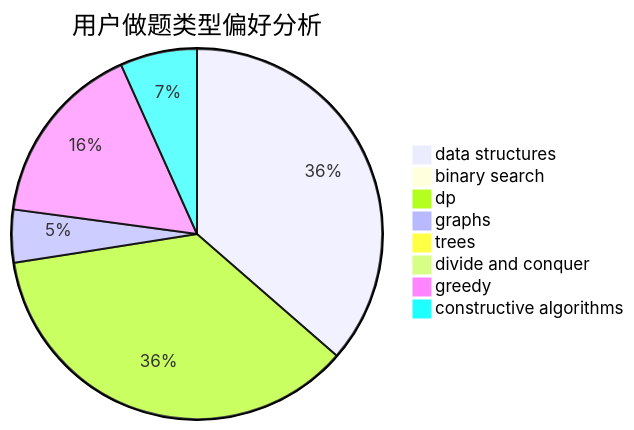
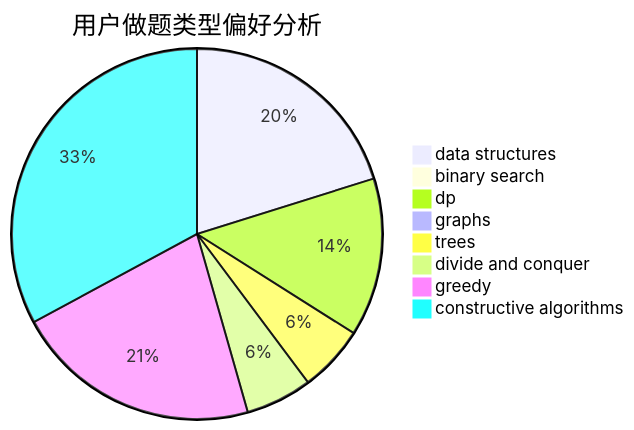
One commit to sherpahu/cfrs.github.io changed the second of 3 diagrams in docs/user/u140.md. Above: the diagram before and after it, drawn with Mermaid. The commit also changed other lines of this file and 2770 other files, not shown here.

````diff
--- a/docs/user/u140.md
+++ b/docs/user/u140.md
@@ -23,11 +23,11 @@
 ```mermaid
 pie title 用户做题类型偏好分析
-    "data structures" :  347
+    "data structures" :  73
     "binary search" :  1
-    "dp" :  344
-    "graphs" :  44
-    "trees" :  3
-    "divide and conquer" :  0
-    "greedy" :  154
-    "constructive algorithms" :  64
+    "dp" :  50
+    "graphs" :  0
+    "trees" :  21
+    "divide and conquer" :  21
+    "greedy" :  78
+    "constructive algorithms" :  119
 ```
````
